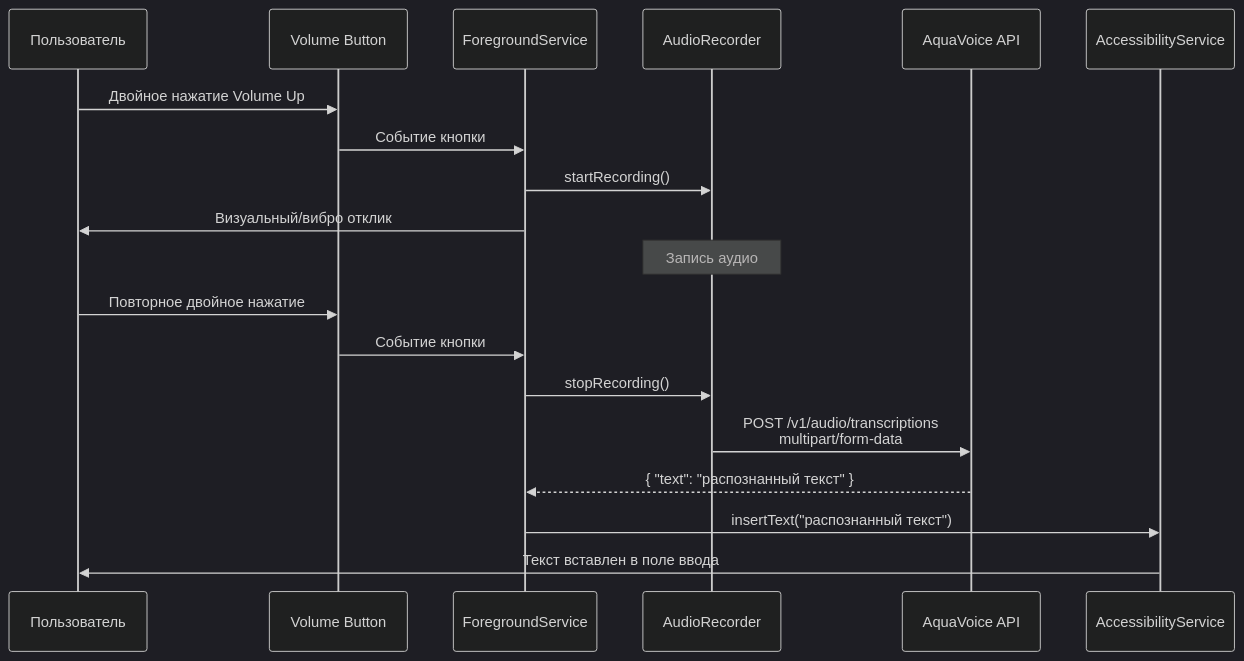
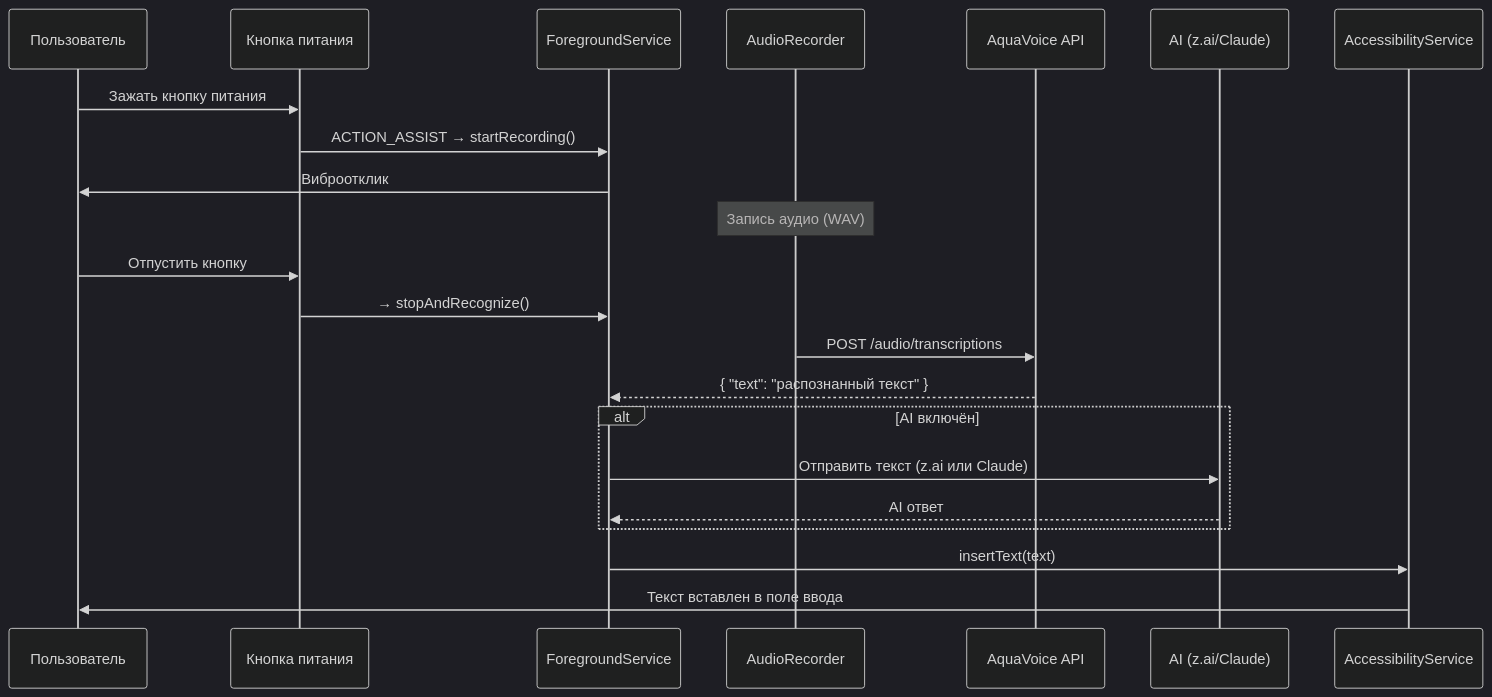
Before and after one commit to DEBAGanov/TellMeApp: the second of 2 diagrams in docs/project.md, drawn with Mermaid (dark theme). The commit also changed other lines of this file and 40 other files, not shown here.

````diff
--- a/docs/project.md
+++ b/docs/project.md
@@ -92,24 +96,29 @@
 ```mermaid
 sequenceDiagram
     participant U as Пользователь
-    participant V as Volume Button
+    participant PWR as Кнопка питания
     participant FS as ForegroundService
     participant AR as AudioRecorder
-    participant API as AquaVoice API
+    participant AV as AquaVoice API
+    participant AI as AI (z.ai/Claude)
     participant ACC as AccessibilityService
 
-    U->>V: Двойное нажатие Volume Up
-    V->>FS: Событие кнопки
-    FS->>AR: startRecording()
-    FS->>U: Визуальный/вибро отклик
+    U->>PWR: Зажать кнопку питания
+    PWR->>FS: ACTION_ASSIST → startRecording()
+    FS->>U: Виброотклик
 
-    Note over AR: Запись аудио
+    Note over AR: Запись аудио (WAV)
 
-    U->>V: Повторное двойное нажатие
-    V->>FS: Событие кнопки
-    FS->>AR: stopRecording()
-    AR->>API: POST /v1/audio/transcriptions<br/>multipart/form-data
-    API-->>FS: { "text": "распознанный текст" }
-    FS->>ACC: insertText("распознанный текст")
+    U->>PWR: Отпустить кнопку
+    PWR->>FS: → stopAndRecognize()
+    AR->>AV: POST /audio/transcriptions
+    AV-->>FS: { "text": "распознанный текст" }
+
+    alt AI включён
+        FS->>AI: Отправить текст (z.ai или Claude)
+        AI-->>FS: AI ответ
+    end
+
+    FS->>ACC: insertText(text)
     ACC->>U: Текст вставлен в поле ввода
 ```
````
